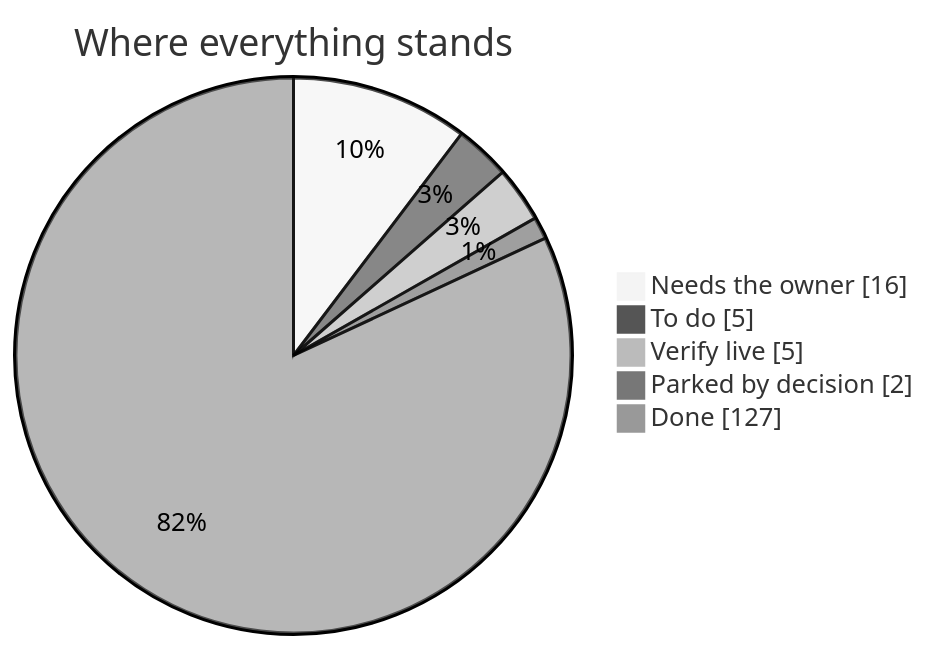
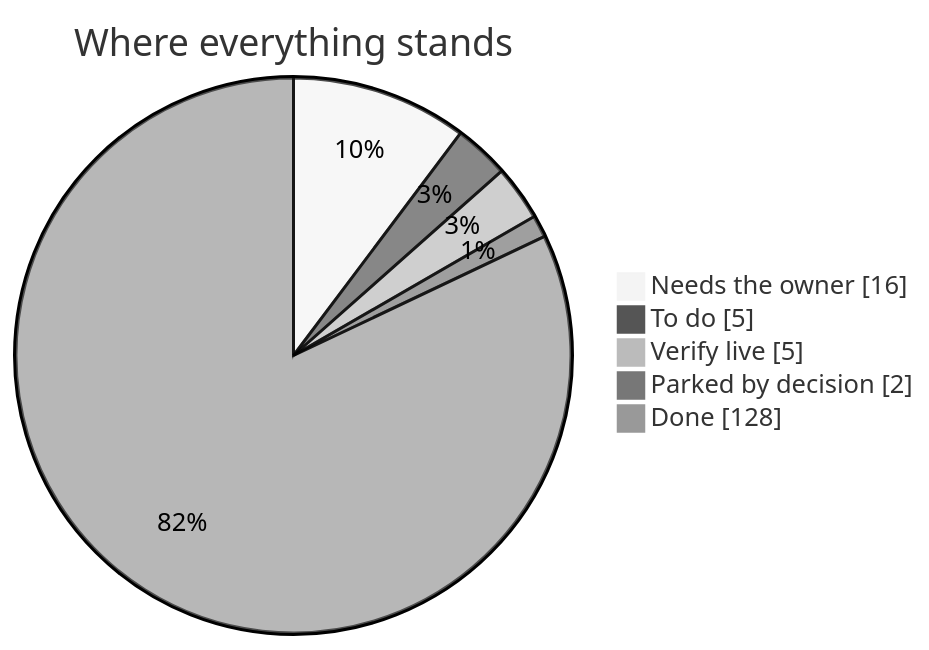
One commit to divitkej/gradlink changed the diagram in launch-board/README.md. Above: the diagram before and after it, drawn with Mermaid (neutral theme). The commit also changed other lines of this file and 4 other files, not shown here.

````diff
--- a/launch-board/README.md
+++ b/launch-board/README.md
@@ -11,9 +11,9 @@
 ```mermaid
 pie showData
   title Where everything stands
   "Needs the owner" : 16
   "To do" : 5
   "Verify live" : 5
   "Parked by decision" : 2
-  "Done" : 127
+  "Done" : 128
 ```
````
